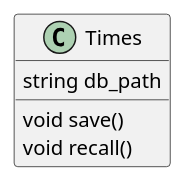
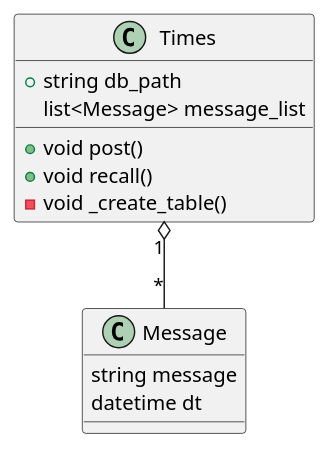
Before and after one commit to gatakaba/times: the first of 3 diagrams in docs/times.md, drawn with PlantUML. The commit also changed other lines of this file and 3 other files, not shown here.

````diff
--- a/docs/times.md
+++ b/docs/times.md
@@ -5,7 +3,15 @@
 ```plantuml
 class Times {
-    void save()
-    void recall()
-    string db_path
+    + void post()
+    + void recall()
+    + string db_path
+    - void _create_table()
+    list<Message> message_list
 }
+class Message{
+    string message
+    datetime dt
+}
+
+Times "1" o-- "*" Message
 ```
````
